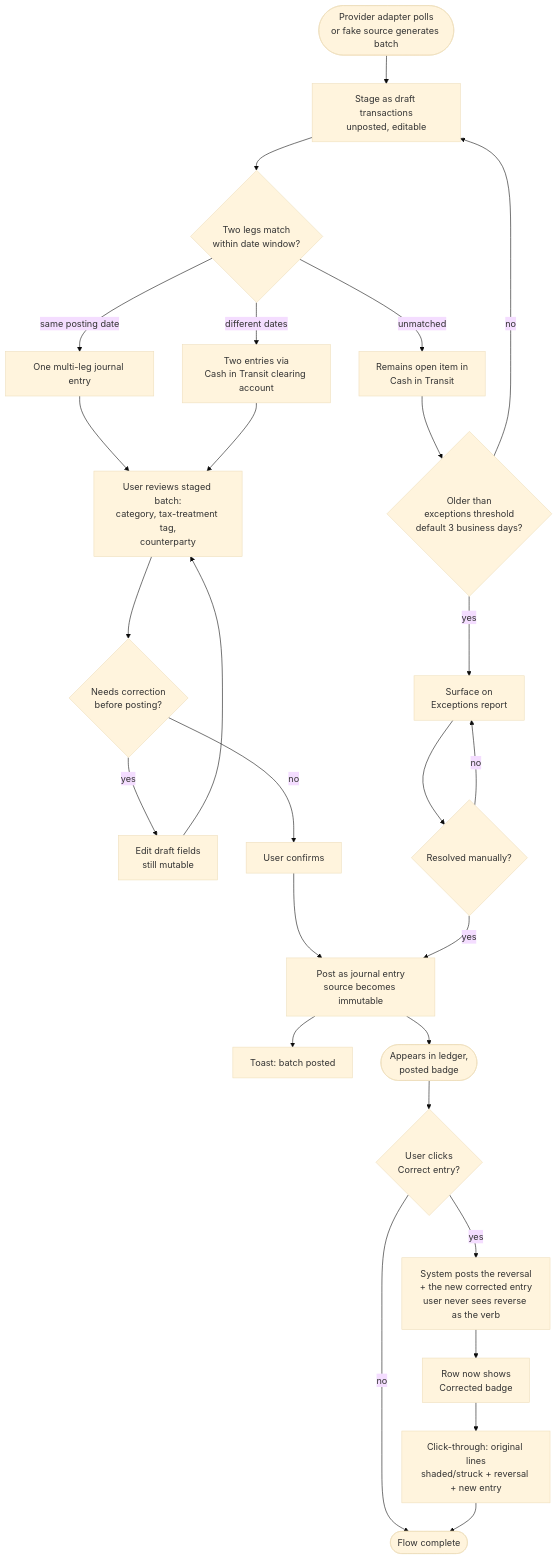
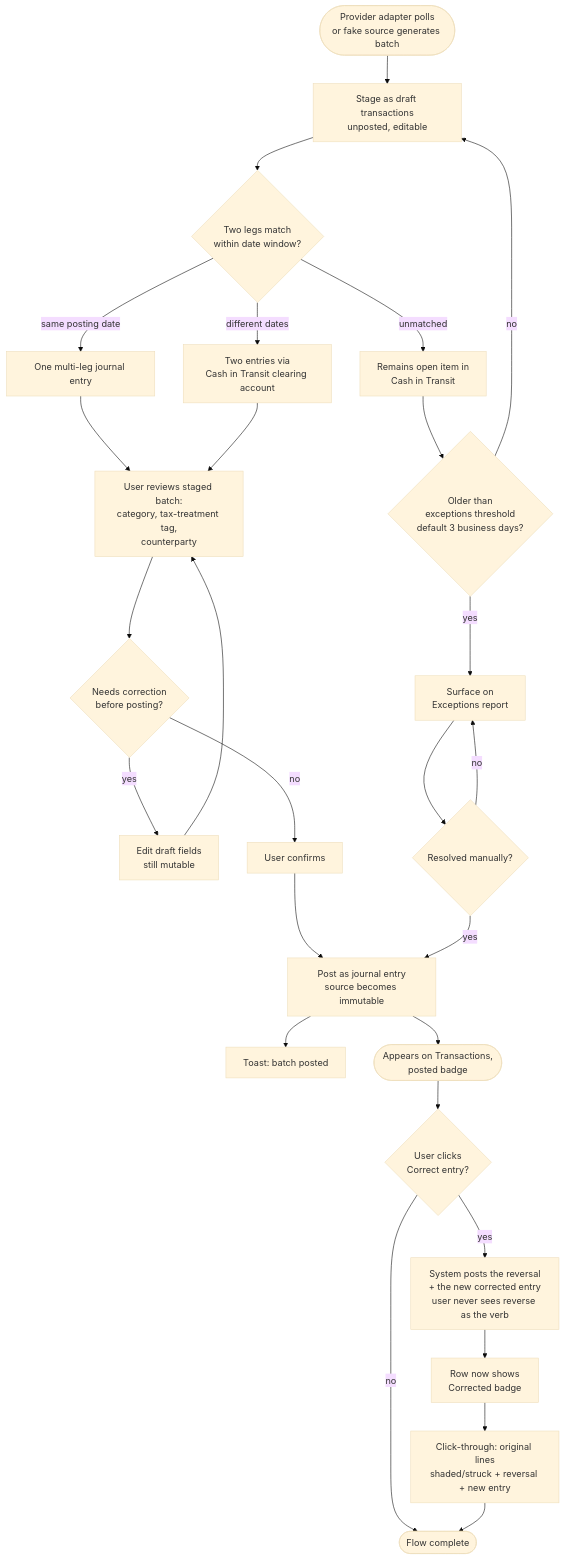
One commit to richmosko/polycarpic changed the diagram in docs/DESIGN/flows/import-confirm-flow.md. Above: the diagram before and after it, drawn with Mermaid (base theme). The commit also changed other lines of this file and 6 other files, not shown here.

````diff
--- a/docs/DESIGN/flows/import-confirm-flow.md
+++ b/docs/DESIGN/flows/import-confirm-flow.md
@@ -5,29 +7,29 @@
 ```mermaid
 flowchart TD
   poll([Provider adapter polls\nor fake source generates batch]) --> stage[Stage as draft transactions\nunposted, editable]
   stage --> transfer{Two legs match\nwithin date window?}
   transfer -- same posting date --> oneEntry[One multi-leg journal entry]
   transfer -- different dates --> citEntry[Two entries via\nCash in Transit clearing account]
   transfer -- unmatched --> openItem[Remains open item in\nCash in Transit]
   openItem --> aging{Older than\nexceptions threshold\ndefault 3 business days?}
   aging -- yes --> exceptions[Surface on\nExceptions report]
   aging -- no --> stage
   oneEntry --> review[User reviews staged batch:\ncategory, tax-treatment tag,\ncounterparty]
   citEntry --> review
   review --> edit{Needs correction\nbefore posting?}
   edit -- yes --> editDraft[Edit draft fields\nstill mutable]
   editDraft --> review
   edit -- no --> confirm[User confirms]
   confirm --> post[Post as journal entry\nsource becomes immutable]
   post --> toast[Toast: batch posted]
-  post --> ledger([Appears in ledger,\nposted badge])
+  post --> ledger([Appears on Transactions,\nposted badge])
   exceptions --> resolve{Resolved manually?}
   resolve -- yes --> post
   resolve -- no --> exceptions
   ledger --> correctQ{User clicks\nCorrect entry?}
   correctQ -- yes --> doCorrect[System posts the reversal\n+ the new corrected entry\nuser never sees reverse as the verb]
   doCorrect --> correctedBadge[Row now shows\nCorrected badge]
   correctedBadge --> clickThrough[Click-through: original lines\nshaded/struck + reversal + new entry]
   correctQ -- no --> complete([Flow complete])
   clickThrough --> complete
 ```
````
